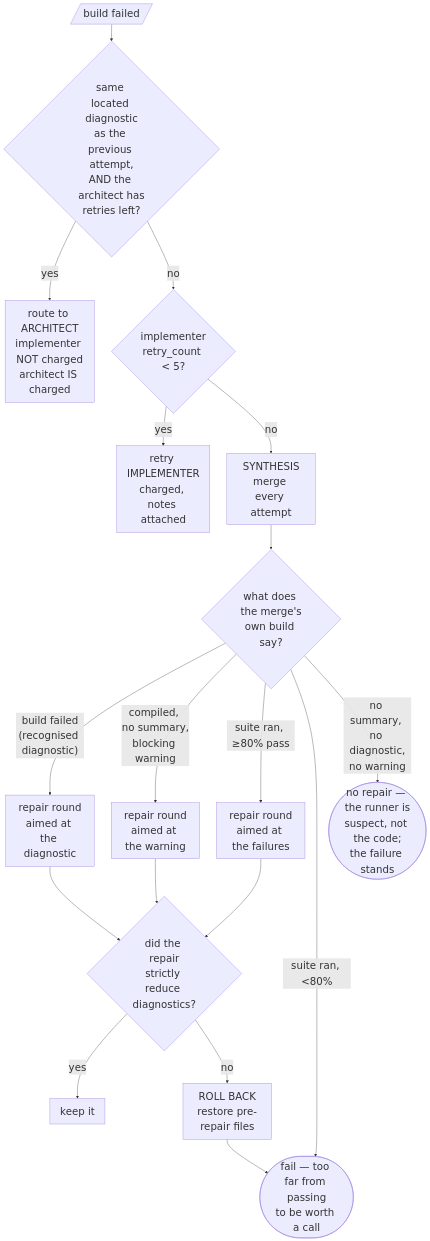
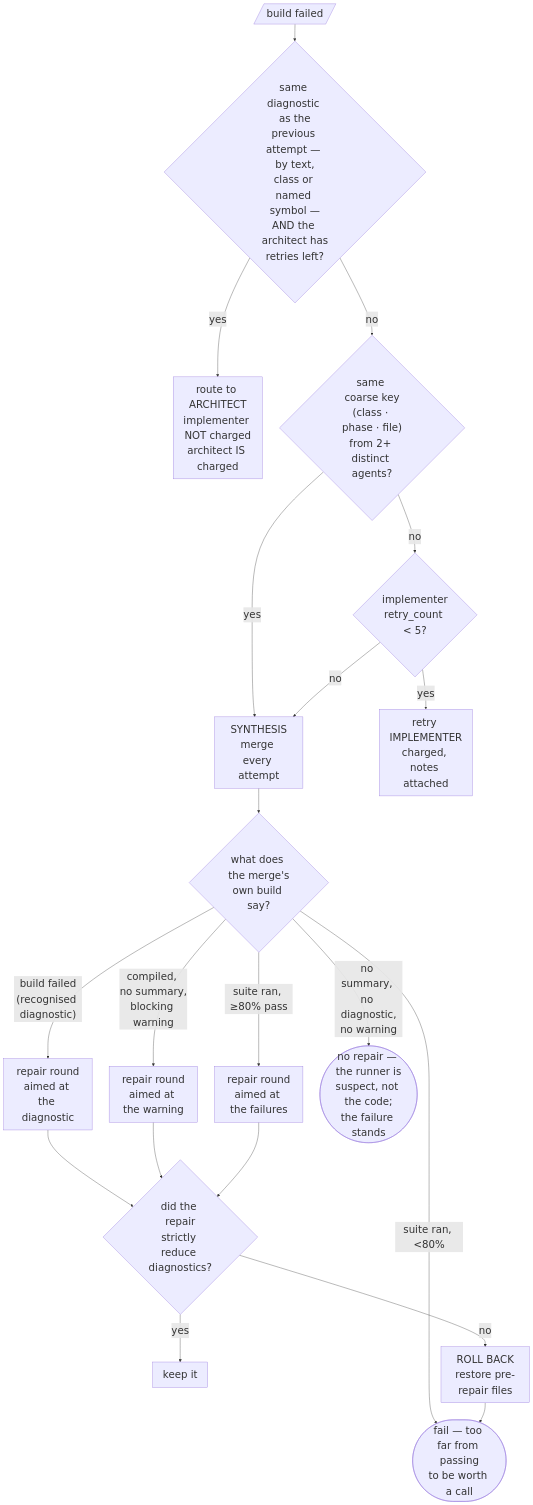
One commit to keithmerrilliv/coding-model-server changed the sixth of 6 diagrams in docs/PIPELINE.md. Above: the diagram before and after it, drawn with Mermaid. The commit also changed other lines of this file and 3 other files, not shown here.

````diff
--- a/docs/PIPELINE.md
+++ b/docs/PIPELINE.md
@@ -316,21 +319,23 @@
 ```mermaid
 %%{init: {'themeVariables': {'fontSize': '30px'}}}%%
 flowchart TD
-    F[/build failed/] --> Q1{"same located diagnostic<br/>as the previous attempt,<br/>AND the architect has<br/>retries left?"}
+    F[/build failed/] --> Q1{"same diagnostic as the<br/>previous attempt — by text,<br/>class or named symbol —<br/>AND the architect has<br/>retries left?"}
     Q1 -->|yes| A[route to ARCHITECT<br/>implementer NOT charged<br/>architect IS charged]
-    Q1 -->|no| Q2{implementer<br/>retry_count &lt; 5?}
+    Q1 -->|no| INV{"same coarse key<br/>(class · phase · file)<br/>from 2+ distinct agents?"}
+    INV -->|yes| S
+    INV -->|no| Q2{implementer<br/>retry_count &lt; 5?}
     Q2 -->|yes| I[retry IMPLEMENTER<br/>charged, notes attached]
     Q2 -->|no| S[SYNTHESIS<br/>merge every attempt]
     S --> Q3{"what does the merge's<br/>own build say?"}
     Q3 -->|"build failed<br/>(recognised diagnostic)"| R1[repair round<br/>aimed at the diagnostic]
     Q3 -->|"compiled, no summary,<br/>blocking warning"| R1B[repair round<br/>aimed at the warning]
     Q3 -->|"suite ran, ≥80% pass"| R2[repair round<br/>aimed at the failures]
     Q3 -->|"suite ran, &lt;80%"| X([fail — too far from passing<br/>to be worth a call])
     Q3 -->|"no summary, no diagnostic,<br/>no warning"| X2([no repair — the runner is<br/>suspect, not the code;<br/>the failure stands])
     R1 --> V{did the repair<br/>strictly reduce diagnostics?}
     R1B --> V
     R2 --> V
     V -->|yes| K[keep it]
     V -->|no| RB[ROLL BACK<br/>restore pre-repair files]
     RB --> X
 ```
````
